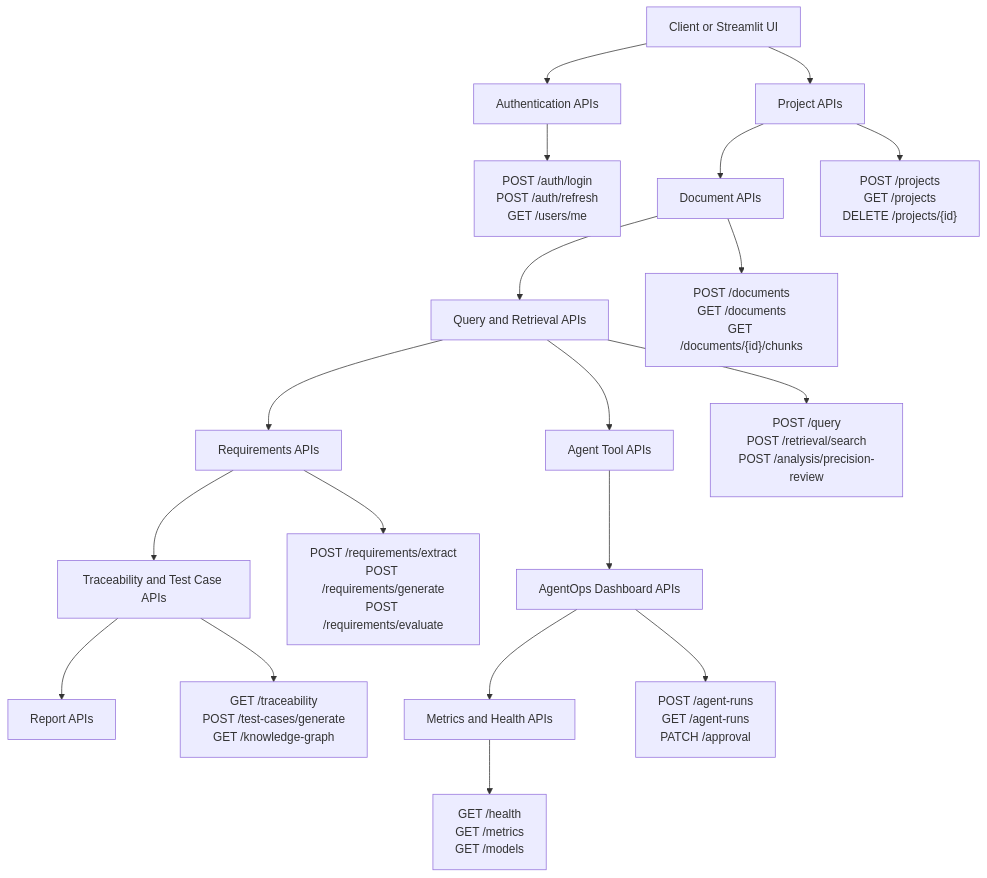
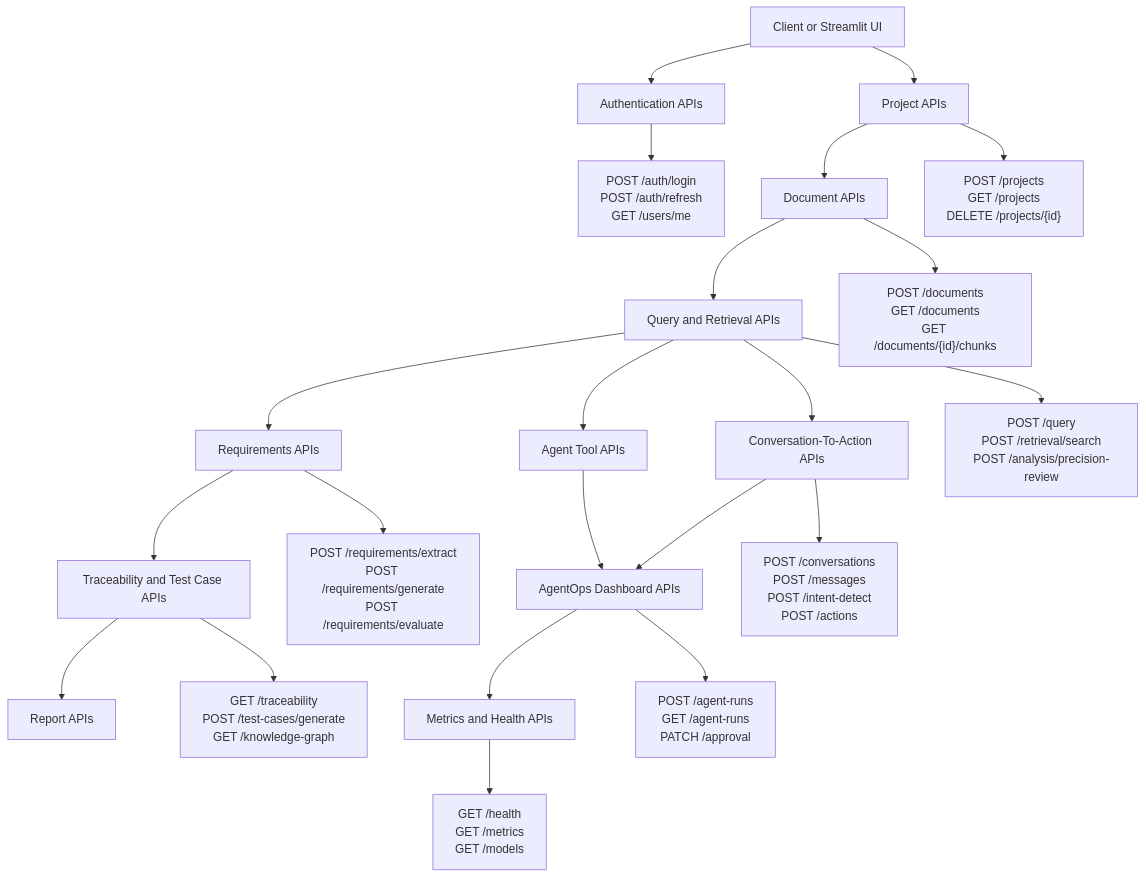
One commit to chz2010/Agentic_Document_AI_Platform_for_Safety_Engineering changed the fourth of 7 diagrams in README.md. Above: the diagram before and after it, drawn with Mermaid. The commit also changed other lines of this file and 5 other files, not shown here.

Commit message:
Add conversation-to-action workflow

````diff
--- a/README.md
+++ b/README.md
@@ -151,22 +151,25 @@
 ```mermaid
 flowchart TD
     A[Client or Streamlit UI] --> B[Authentication APIs]
     A --> C[Project APIs]
     C --> D[Document APIs]
     D --> E[Query and Retrieval APIs]
     E --> F[Requirements APIs]
     F --> G[Traceability and Test Case APIs]
     G --> H[Report APIs]
     E --> I[Agent Tool APIs]
+    E --> L[Conversation-To-Action APIs]
+    L --> J
     I --> J[AgentOps Dashboard APIs]
     J --> K[Metrics and Health APIs]
 
     B --> B1["POST /auth/login<br/>POST /auth/refresh<br/>GET /users/me"]
     C --> C1["POST /projects<br/>GET /projects<br/>DELETE /projects/{id}"]
     D --> D1["POST /documents<br/>GET /documents<br/>GET /documents/{id}/chunks"]
     E --> E1["POST /query<br/>POST /retrieval/search<br/>POST /analysis/precision-review"]
     F --> F1["POST /requirements/extract<br/>POST /requirements/generate<br/>POST /requirements/evaluate"]
     G --> G1["GET /traceability<br/>POST /test-cases/generate<br/>GET /knowledge-graph"]
+    L --> L1["POST /conversations<br/>POST /messages<br/>POST /intent-detect<br/>POST /actions"]
     J --> J1["POST /agent-runs<br/>GET /agent-runs<br/>PATCH /approval"]
     K --> K1["GET /health<br/>GET /metrics<br/>GET /models"]
 ```
````
